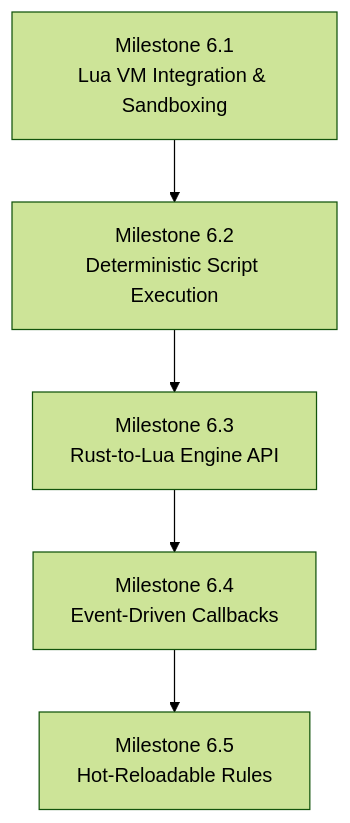
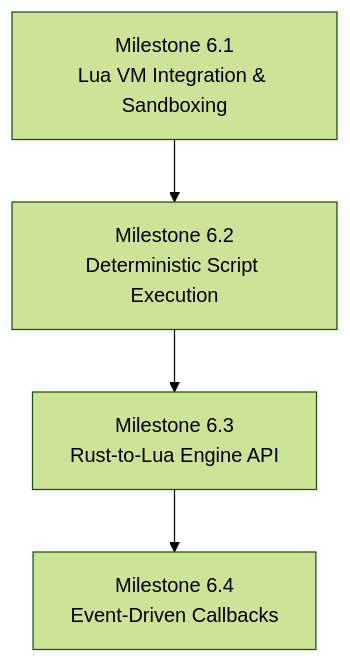
One commit to Loci2D/loci2d changed the diagram in docs/roadmap-specs/phase6-embedded-scripting-spec.md. Above: the diagram before and after it, drawn with Mermaid (forest theme). The commit also changed other lines of this file and 3 other files, not shown here.

````diff
--- a/docs/roadmap-specs/phase6-embedded-scripting-spec.md
+++ b/docs/roadmap-specs/phase6-embedded-scripting-spec.md
@@ -28,7 +28,6 @@
 ```mermaid
 flowchart TD
     M1["Milestone 6.1<br>Lua VM Integration & Sandboxing"] --> M2["Milestone 6.2<br>Deterministic Script Execution"]
     M2 --> M3["Milestone 6.3<br>Rust-to-Lua Engine API"]
     M3 --> M4["Milestone 6.4<br>Event-Driven Callbacks"]
-    M4 --> M5["Milestone 6.5<br>Hot-Reloadable Rules"]
 ```
````
